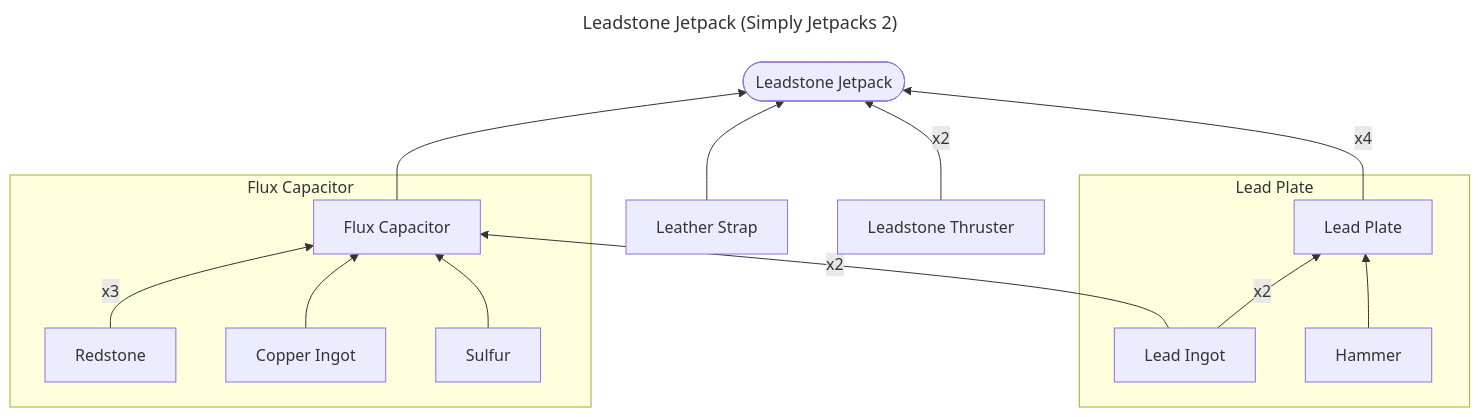
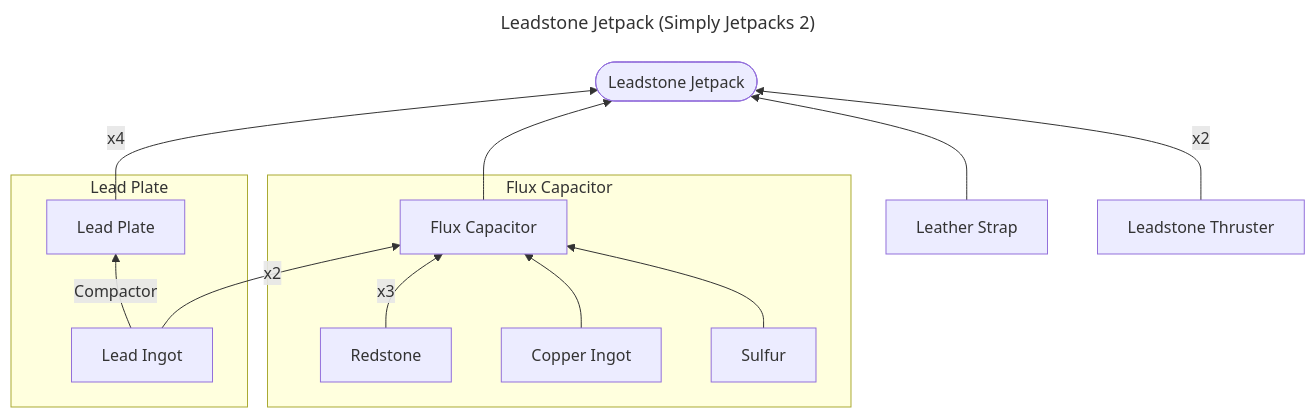
One commit to res0nat0r/minecraft changed the diagram in leadstone-backpack.md. Above: the diagram before and after it, drawn with Mermaid.

````diff
--- a/leadstone-backpack.md
+++ b/leadstone-backpack.md
@@ -1,31 +1,30 @@
 ```mermaid
 ---
 title: Leadstone Jetpack (Simply Jetpacks 2)
 ---
 
 flowchart BT
 
 leadstone-jetpack([Leadstone Jetpack])
 
 %% Tier 1
 lead-plate[Lead Plate] --> |x4| leadstone-jetpack
 flux-capacitor[Flux Capacitor] --> leadstone-jetpack
 leather-strap[Leather Strap] --> leadstone-jetpack
 leadstone-thruster[Leadstone Thruster]--> |x2| leadstone-jetpack
 
 %% Lead Plate
 subgraph sg-lead-plate [Lead Plate]
-    lead-ingot[Lead Ingot] --> |x2| lead-plate
-    hammer[Hammer] --> lead-plate
+    lead-ingot[Lead Ingot] --> |Compactor| lead-plate
 end
 
 %% Flux Capacitor
 subgraph sg-flux-capacitor [Flux Capacitor]
     lead-ingot --> |x2| flux-capacitor
     redstone[Redstone] --> |x3| flux-capacitor
     copper-ingot[Copper Ingot] --> flux-capacitor
     sulfur[Sulfur] --> flux-capacitor
 end
     
 
 ```
````
